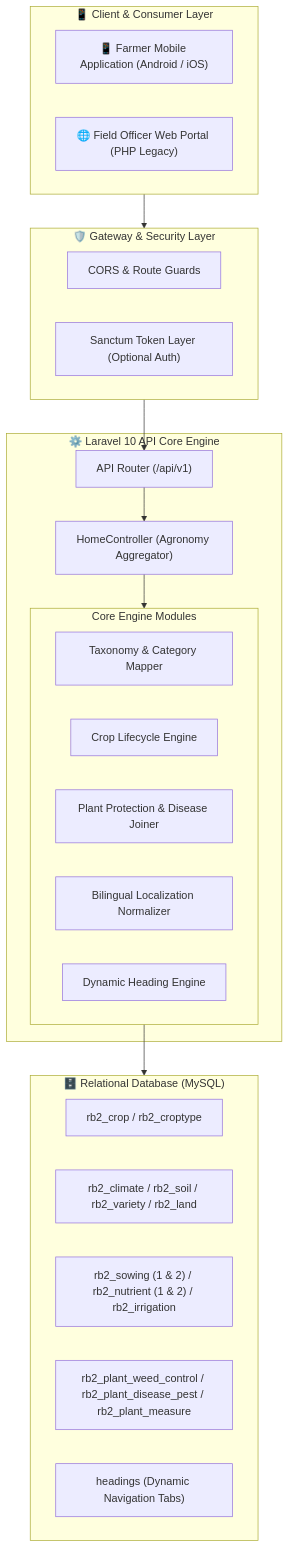
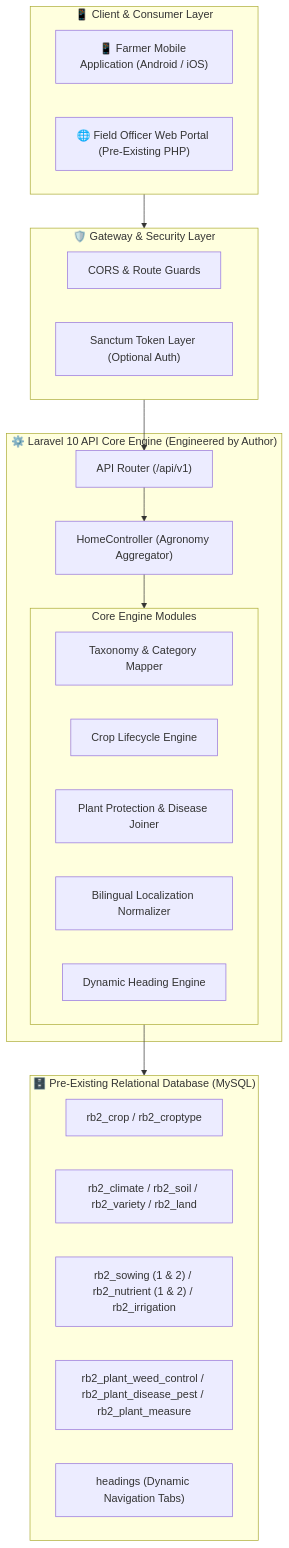
The diagram in README.md (yashin-chauhan/pragya-crop-advisory), drawn with Mermaid before and after one commit. The commit also changed other lines of this file and 1 other file, not shown here.

Commit message:
docs: clarify scope of work emphasizing standalone Laravel REST API modernization layer

````diff
--- a/README.md
+++ b/README.md
@@ -45,39 +45,39 @@
 ```mermaid
 flowchart TD
     subgraph Clients["📱 Client & Consumer Layer"]
         MOB["📱 Farmer Mobile Application (Android / iOS)"]
-        WEB["🌐 Field Officer Web Portal (PHP Legacy)"]
+        WEB["🌐 Field Officer Web Portal (Pre-Existing PHP)"]
     end
 
     subgraph Gateway["🛡️ Gateway & Security Layer"]
         CORS["CORS & Route Guards"]
         AUTH["Sanctum Token Layer (Optional Auth)"]
     end
 
-    subgraph CoreEngine["⚙️ Laravel 10 API Core Engine"]
+    subgraph CoreEngine["⚙️ Laravel 10 API Core Engine (Engineered by Author)"]
         ROUTER["API Router (/api/v1)"]
         CTRL["HomeController (Agronomy Aggregator)"]
         
         subgraph Services["Core Engine Modules"]
             TAX["Taxonomy & Category Mapper"]
             AGRO["Crop Lifecycle Engine"]
             IPM["Plant Protection & Disease Joiner"]
             LOC["Bilingual Localization Normalizer"]
             HEAD["Dynamic Heading Engine"]
         end
     end
 
-    subgraph Storage["🗄️ Relational Database (MySQL)"]
+    subgraph Storage["🗄️ Pre-Existing Relational Database (MySQL)"]
         T_CROP["rb2_crop / rb2_croptype"]
         T_AGRI["rb2_climate / rb2_soil / rb2_variety / rb2_land"]
         T_STAGE["rb2_sowing (1 & 2) / rb2_nutrient (1 & 2) / rb2_irrigation"]
         T_PEST["rb2_plant_weed_control / rb2_plant_disease_pest / rb2_plant_measure"]
         T_HEAD["headings (Dynamic Navigation Tabs)"]
     end
 
     Clients --> Gateway
     Gateway --> ROUTER
     ROUTER --> CTRL
     CTRL --> Services
     Services --> Storage
 ```
````
